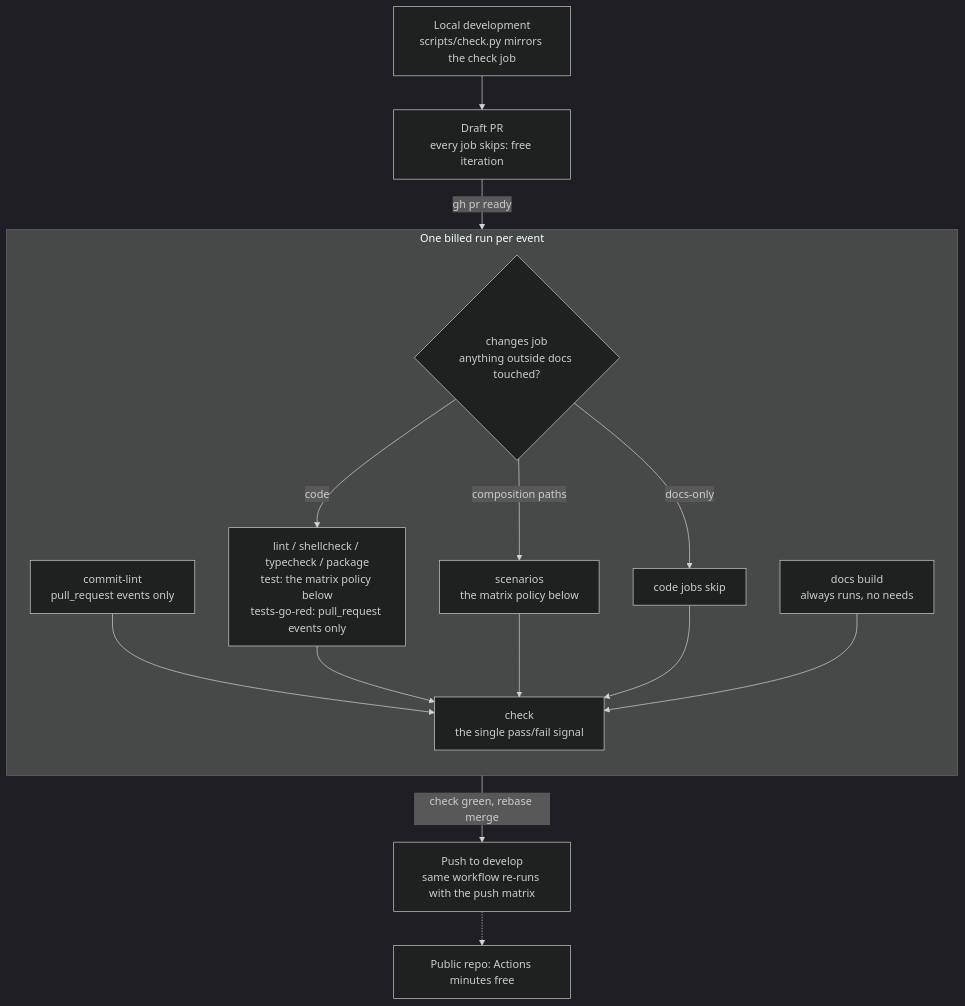
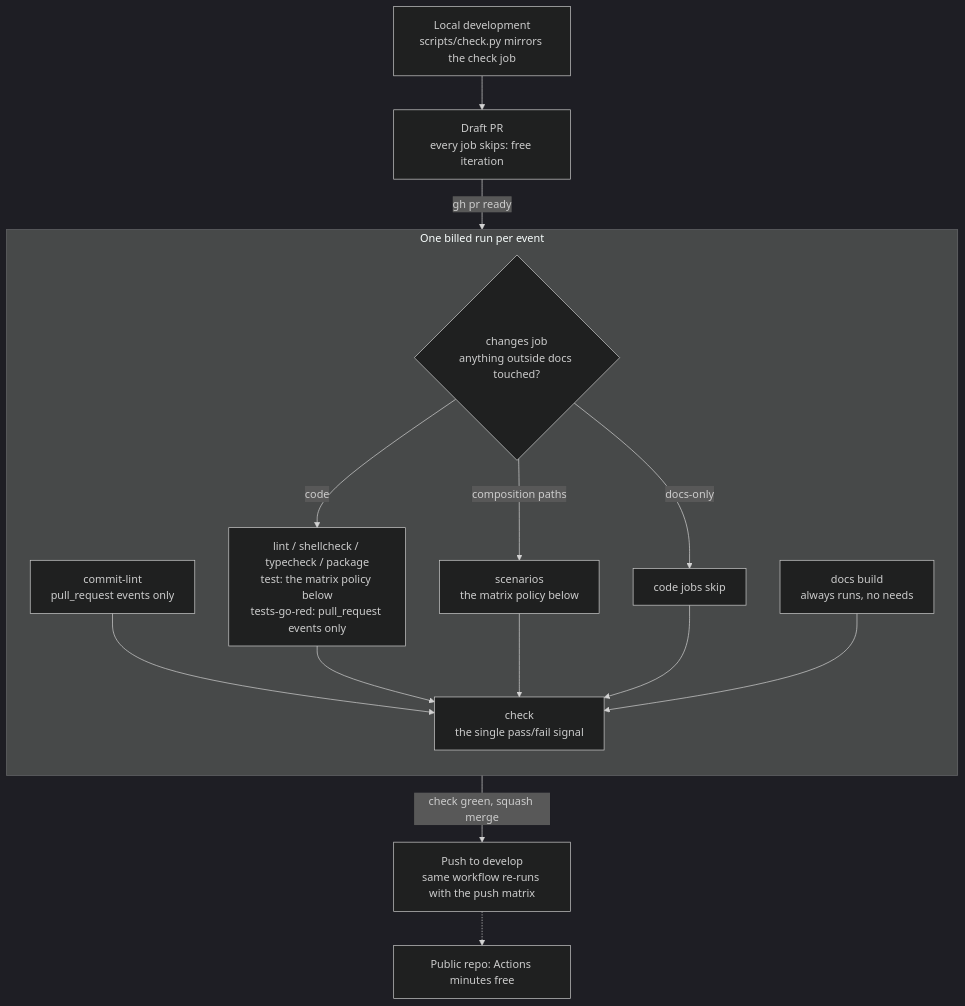
One commit to TheRealBillSiegler/boilerplate changed the diagram in docs/governance/ci.md. Above: the diagram before and after it, drawn with Mermaid (dark theme). The commit also changed other lines of this file and 4 other files, not shown here.

First line of the commit message:
docs: describe squash merges, PR titles and the squash commit body

````diff
--- a/docs/governance/ci.md
+++ b/docs/governance/ci.md
@@ -9,23 +9,23 @@
 ```mermaid
 flowchart TD
     accTitle: How a change travels from local development to develop
-    accDescr: Local development, where scripts/check.py mirrors the check job, leads to a draft pull request on which every job skips, and gh pr ready starts one billed run. In that run the changes job sends a docs-only change to skipped code jobs, a code change to the lint, shellcheck, typecheck, package, test and tests-go-red jobs, and a composition-path change to the scenarios job, while the docs build always runs and commit-lint runs on pull_request events only. All of these feed the check job, the single pass/fail signal, and once check is green and the PR is rebase merged, the push to develop re-runs the same workflow with the push matrix.
+    accDescr: Local development, where scripts/check.py mirrors the check job, leads to a draft pull request on which every job skips, and gh pr ready starts one billed run. In that run the changes job sends a docs-only change to skipped code jobs, a code change to the lint, shellcheck, typecheck, package, test and tests-go-red jobs, and a composition-path change to the scenarios job, while the docs build always runs and commit-lint runs on pull_request events only. All of these feed the check job, the single pass/fail signal, and once check is green and the PR is squash merged, the push to develop re-runs the same workflow with the push matrix.
     dev["Local development<br>scripts/check.py mirrors the check job"] --> draft["Draft PR<br>every job skips: free iteration"]
     draft -- "gh pr ready" --> run
     subgraph run["One billed run per event"]
         direction TB
         changes{"changes job<br>anything outside docs touched?"}
         changes -- "docs-only" --> skip["code jobs skip"]
         changes -- "code" --> code["lint / shellcheck / typecheck / package<br>test: the matrix policy below<br>tests-go-red: pull_request events only"]
         changes -- "composition paths" --> scen["scenarios<br>the matrix policy below"]
         docsjob["docs build<br>always runs, no needs"]
         lint["commit-lint<br>pull_request events only"]
         lint --> gate
         code --> gate["check<br>the single pass/fail signal"]
         scen --> gate
         skip --> gate
         docsjob --> gate
     end
-    run -- "check green, rebase merge" --> push["Push to develop<br>same workflow re-runs with the push matrix"]
+    run -- "check green, squash merge" --> push["Push to develop<br>same workflow re-runs with the push matrix"]
     push -.-> free["Public repo: Actions minutes free"]
 ```
````
